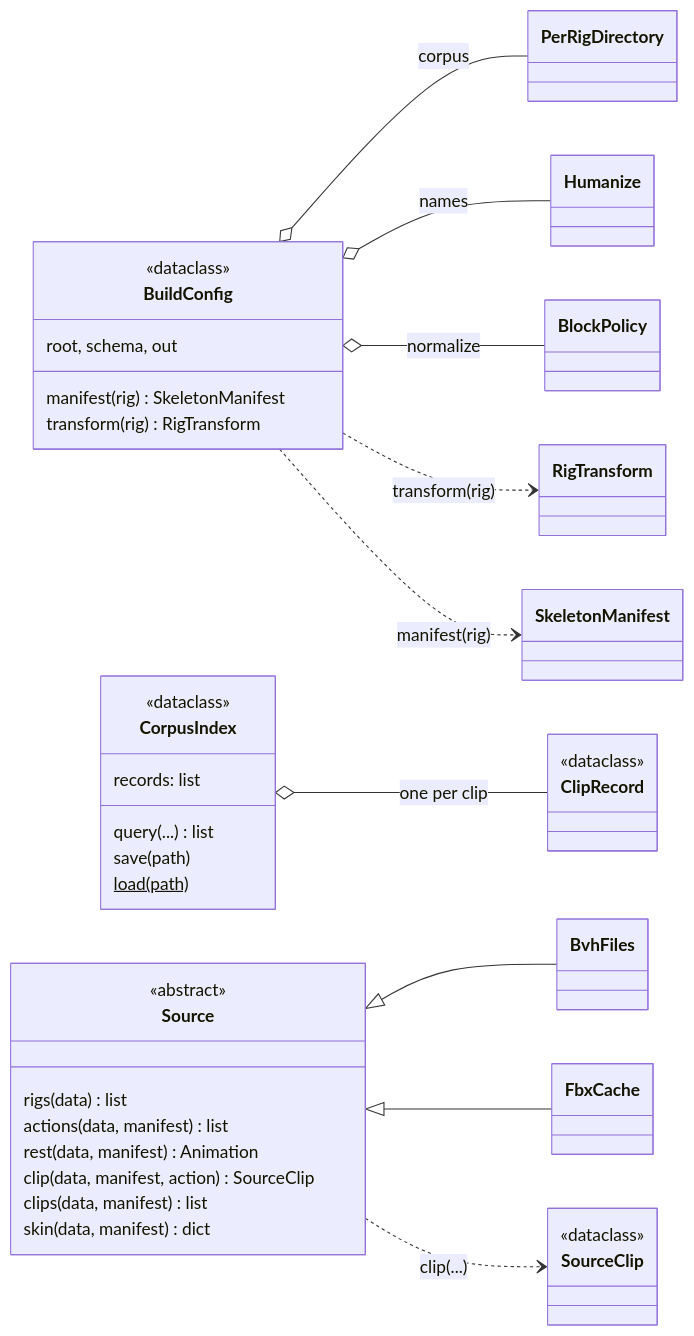
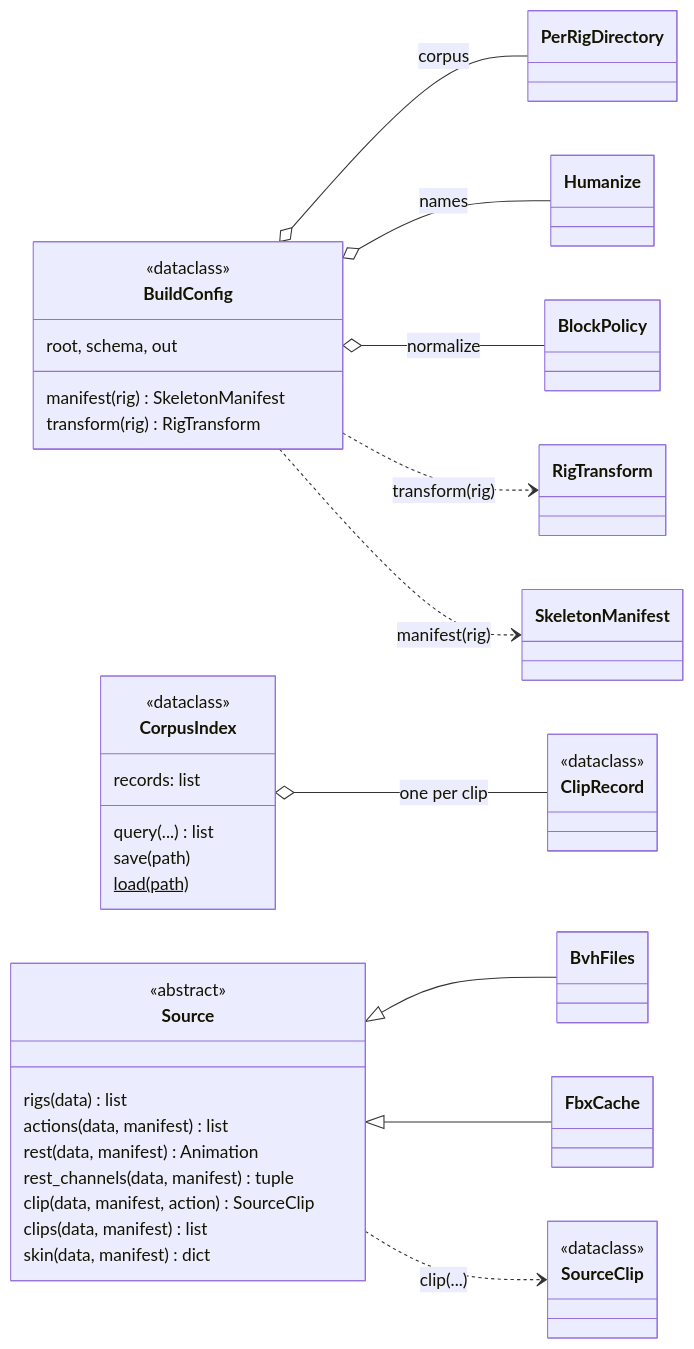
Before and after one commit to LuCazzola/PoseYdon: the diagram in docs/api/build/index.md, drawn with Mermaid. The commit also changed other lines of this file and 4 other files, not shown here.

````diff
--- a/docs/api/build/index.md
+++ b/docs/api/build/index.md
@@ -43,40 +45,41 @@
 ```mermaid
 classDiagram
   direction LR
   class BuildConfig {
     <<dataclass>>
     root, schema, out
     manifest(rig) SkeletonManifest
     transform(rig) RigTransform
   }
   class CorpusIndex {
     <<dataclass>>
     records: list
     query(...) list
     save(path)
     load(path)$
   }
   class ClipRecord { <<dataclass>> }
   class Source {
     <<abstract>>
     rigs(data) list
     actions(data, manifest) list
     rest(data, manifest) Animation
+    rest_channels(data, manifest) tuple
     clip(data, manifest, action) SourceClip
     clips(data, manifest) list
     skin(data, manifest) dict
   }
   class SourceClip { <<dataclass>> }
   Source <|-- BvhFiles
   Source <|-- FbxCache
   Source ..> SourceClip : clip(...)
   BuildConfig o-- PerRigDirectory : corpus
   BuildConfig o-- Humanize : names
   BuildConfig o-- BlockPolicy : normalize
   BuildConfig ..> RigTransform : transform(rig)
   BuildConfig ..> SkeletonManifest : manifest(rig)
   CorpusIndex o-- ClipRecord : one per clip
   cssClass "CorpusIndex,PerRigDirectory,Humanize,BvhFiles,FbxCache" impl
   cssClass "BuildConfig,ClipRecord,SourceClip" data
   cssClass "BlockPolicy,SkeletonManifest,RigTransform" ext
 ```
````
